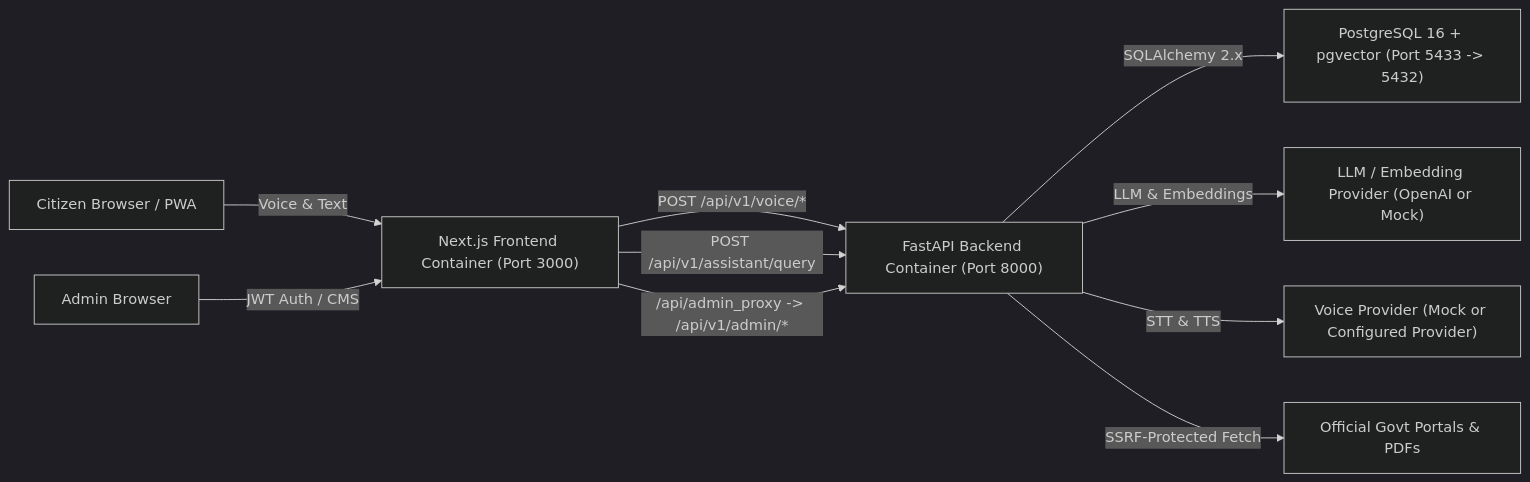
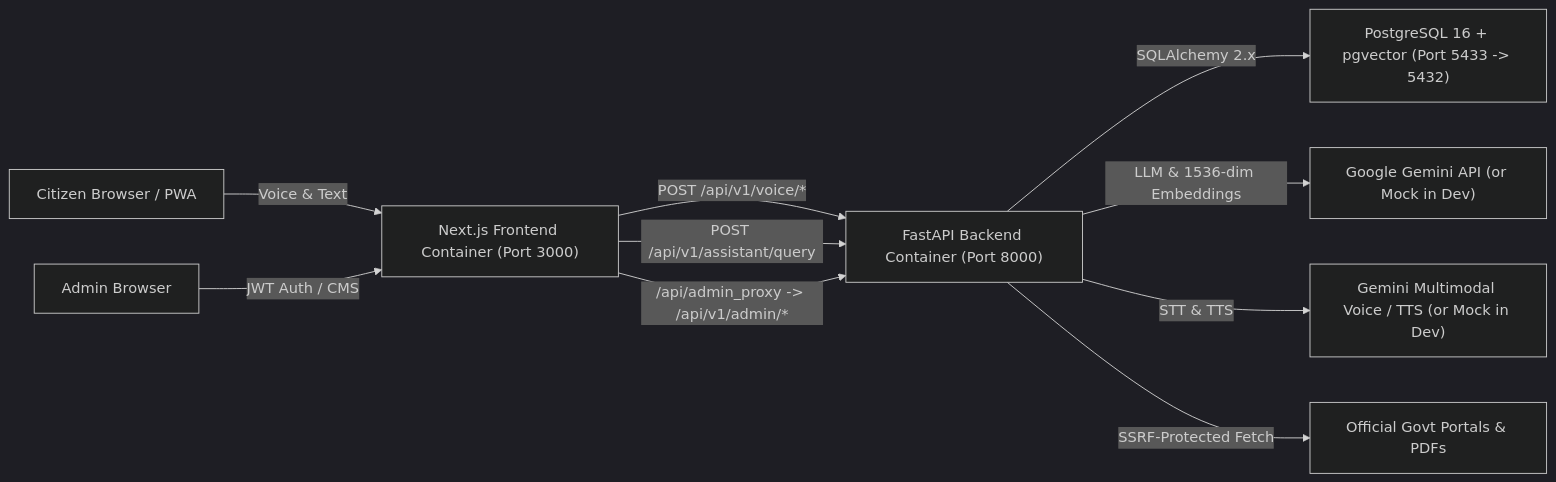
Before and after one commit to akash-pandit04/Sahayk-AI: the first of 5 diagrams in docs/ARCHITECTURE_DIAGRAMS.md, drawn with Mermaid (dark theme). The commit also changed 17 other files, not shown here.

Commit message:
Switch AI, embeddings, ingestion, and voice STT/TTS to Gemini API

````diff
--- a/docs/ARCHITECTURE_DIAGRAMS.md
+++ b/docs/ARCHITECTURE_DIAGRAMS.md
@@ -11,14 +11,14 @@
 ```mermaid
 flowchart LR
     Citizen["Citizen Browser / PWA"] -->|"Voice & Text"| Frontend["Next.js Frontend Container (Port 3000)"]
     Admin["Admin Browser"] -->|"JWT Auth / CMS"| Frontend
 
     Frontend -->|"POST /api/v1/voice/*"| Backend["FastAPI Backend Container (Port 8000)"]
     Frontend -->|"POST /api/v1/assistant/query"| Backend
     Frontend -->|"/api/admin_proxy -> /api/v1/admin/*"| Backend
 
     Backend -->|"SQLAlchemy 2.x"| DB["PostgreSQL 16 + pgvector (Port 5433 -> 5432)"]
-    Backend -->|"LLM & Embeddings"| AIProvider["LLM / Embedding Provider (OpenAI or Mock)"]
-    Backend -->|"STT & TTS"| VoiceProvider["Voice Provider (Mock or Configured Provider)"]
+    Backend -->|"LLM & 1536-dim Embeddings"| AIProvider["Google Gemini API (or Mock in Dev)"]
+    Backend -->|"STT & TTS"| VoiceProvider["Gemini Multimodal Voice / TTS (or Mock in Dev)"]
     Backend -->|"SSRF-Protected Fetch"| GovtSites["Official Govt Portals & PDFs"]
 ```
````
